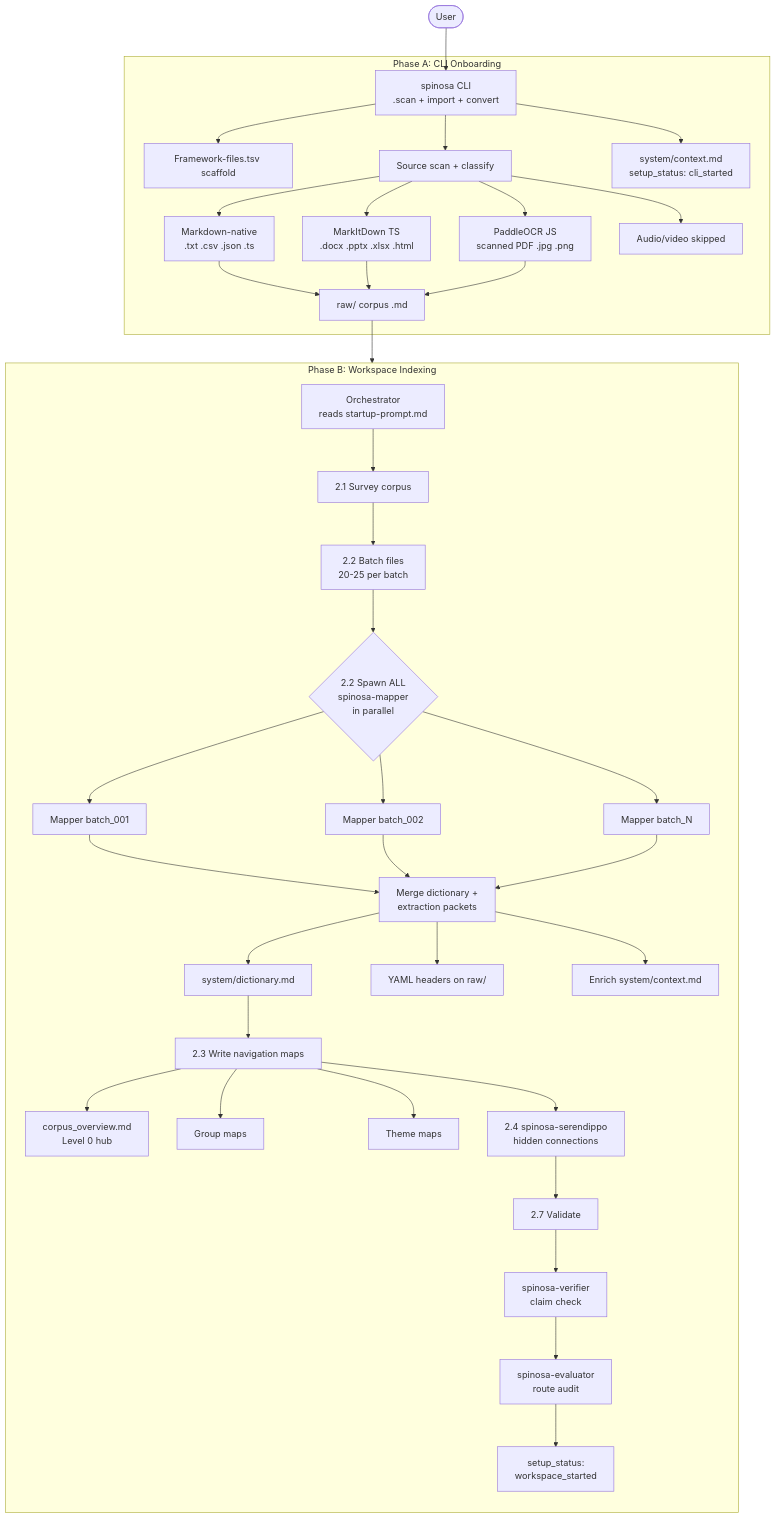
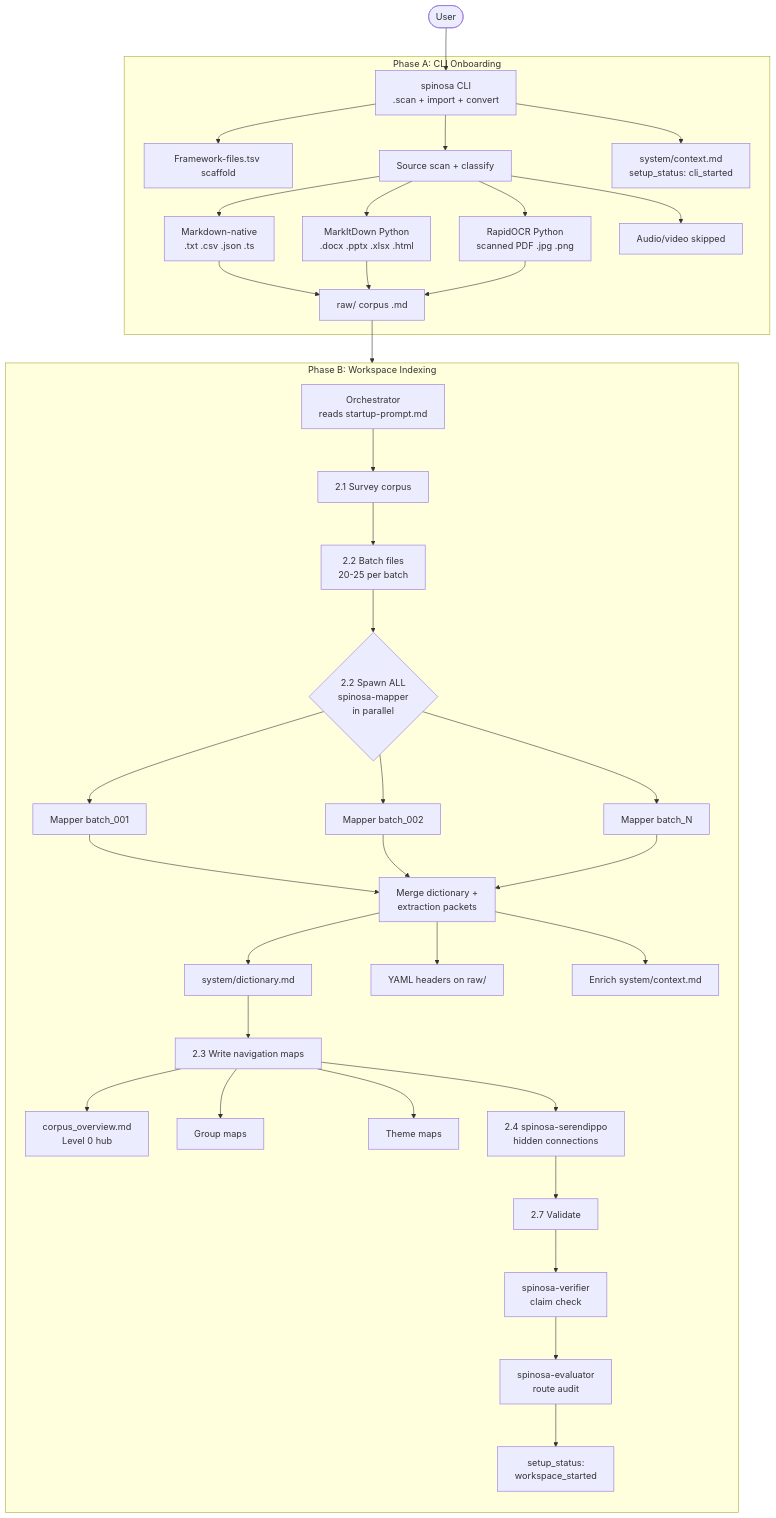
The first of 9 diagrams in docs/diagrams.md (TommasoPrinetti/spinosa), drawn with Mermaid before and after one commit. The commit also changed other lines of this file and 3 other files, not shown here.

````diff
--- a/docs/diagrams.md
+++ b/docs/diagrams.md
@@ -17,40 +17,40 @@
 ```mermaid
 flowchart TB
     User([User]) --> CLI[spinosa CLI\n.scan + import + convert]
 
     subgraph Onboarding ["Phase A: CLI Onboarding"]
         CLI --> FS[Framework-files.tsv scaffold]
         CLI --> SRC[Source scan + classify]
         SRC --> MD[Markdown-native\n.txt .csv .json .ts]
-        SRC --> MKD[MarkItDown TS\n.docx .pptx .xlsx .html]
-        SRC --> OCR[PaddleOCR JS\nscanned PDF .jpg .png]
+        SRC --> MKD[MarkItDown Python\n.docx .pptx .xlsx .html]
+        SRC --> OCR[RapidOCR Python\nscanned PDF .jpg .png]
         SRC --> SKIP[Audio/video skipped]
         MD & MKD & OCR --> RAW[raw/ corpus .md]
         CLI --> CFG[system/context.md\nsetup_status: cli_started]
     end
 
     subgraph Indexing ["Phase B: Workspace Indexing"]
         direction TB
         ORCH_0[Orchestrator\nreads startup-prompt.md] --> SURVEY[2.1 Survey corpus]
         SURVEY --> BATCH[2.2 Batch files\n20-25 per batch]
         BATCH --> PAR_MAP{2.2 Spawn ALL\nspinosa-mapper\nin parallel}
         PAR_MAP --> M1[Mapper batch_001]
         PAR_MAP --> M2[Mapper batch_002]
         PAR_MAP --> MN[Mapper batch_N]
         M1 & M2 & MN --> MERGE[Merge dictionary +\nextraction packets]
         MERGE --> DICT[system/dictionary.md]
         MERGE --> YAML[YAML headers on raw/]
         MERGE --> CTX[Enrich system/context.md]
         DICT --> MAPS[2.3 Write navigation maps]
         MAPS --> HUB[corpus_overview.md\nLevel 0 hub]
         MAPS --> GROUPS[Group maps]
         MAPS --> THEMES[Theme maps]
         MAPS --> SEREN[2.4 spinosa-serendippo\nhidden connections]
         SEREN --> VAL[2.7 Validate]
         VAL --> VER[spinosa-verifier\nclaim check]
         VER --> EVAL[spinosa-evaluator\nroute audit]
         EVAL --> DONE[setup_status:\nworkspace_started]
     end
 
     RAW --> ORCH_0
 ```
````
